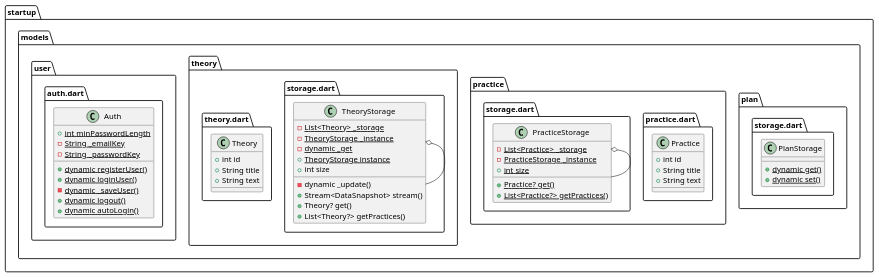
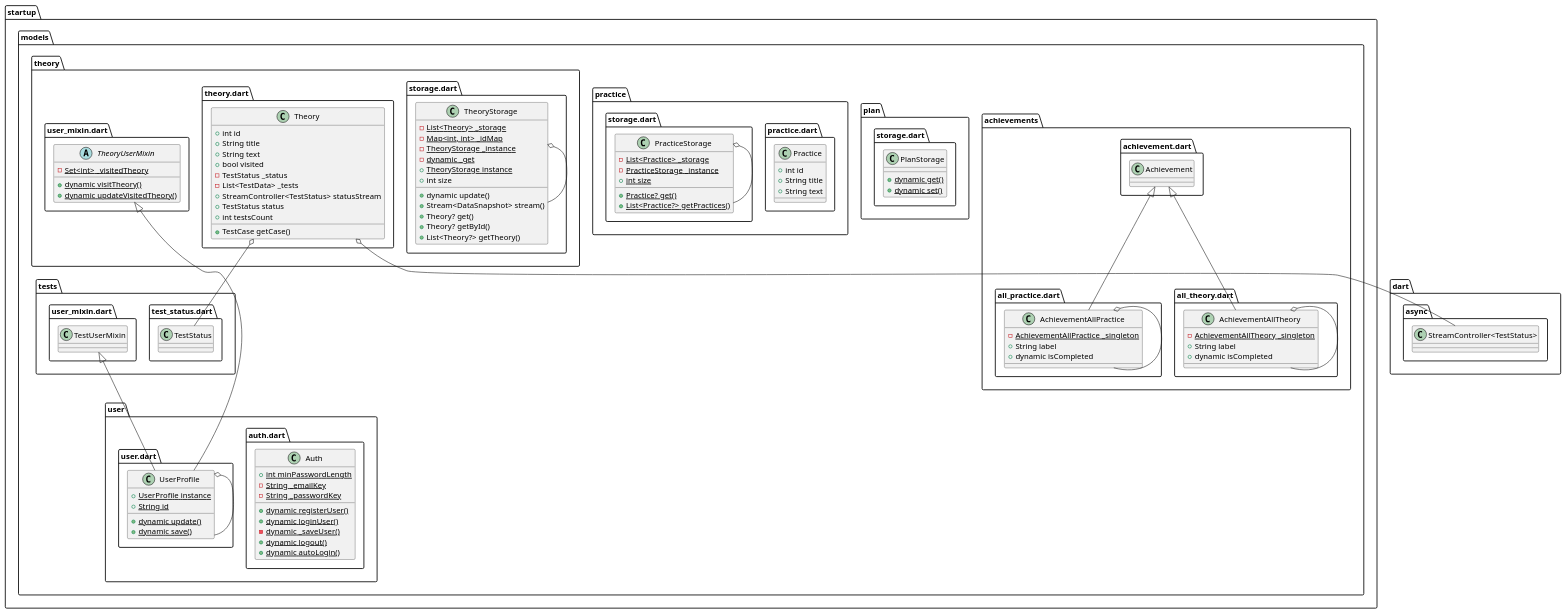
The diagram in diagrams/models.puml (aniciya777/startup), drawn with PlantUML before and after one commit. The commit also changed 47 other files, not shown here.

```diff
--- a/diagrams/models.puml
+++ b/diagrams/models.puml
@@ -1,57 +1,104 @@
 @startuml
 set namespaceSeparator ::
+
+class "startup::models::achievements::all_practice.dart::AchievementAllPractice" {
+  {static} -AchievementAllPractice _singleton
+  +String label
+  +dynamic isCompleted
+}
+
+"startup::models::achievements::all_practice.dart::AchievementAllPractice" o-- "startup::models::achievements::all_practice.dart::AchievementAllPractice"
+"startup::models::achievements::achievement.dart::Achievement" <|-- "startup::models::achievements::all_practice.dart::AchievementAllPractice"
+
+class "startup::models::achievements::all_theory.dart::AchievementAllTheory" {
+  {static} -AchievementAllTheory _singleton
+  +String label
+  +dynamic isCompleted
+}
+
+"startup::models::achievements::all_theory.dart::AchievementAllTheory" o-- "startup::models::achievements::all_theory.dart::AchievementAllTheory"
+"startup::models::achievements::achievement.dart::Achievement" <|-- "startup::models::achievements::all_theory.dart::AchievementAllTheory"
 
 class "startup::models::plan::storage.dart::PlanStorage" {
   {static} +dynamic get()
   {static} +dynamic set()
 }
 
 class "startup::models::practice::practice.dart::Practice" {
   +int id
   +String title
   +String text
 }
 
 class "startup::models::practice::storage.dart::PracticeStorage" {
   {static} -List<Practice> _storage
   {static} -PracticeStorage _instance
   {static} +int size
   {static} +Practice? get()
   {static} +List<Practice?> getPractices()
 }
 
 "startup::models::practice::storage.dart::PracticeStorage" o-- "startup::models::practice::storage.dart::PracticeStorage"
 
 class "startup::models::theory::storage.dart::TheoryStorage" {
   {static} -List<Theory> _storage
+  {static} -Map<int, int> _idMap
   {static} -TheoryStorage _instance
   {static} -dynamic _get
   {static} +TheoryStorage instance
   +int size
-  -dynamic _update()
+  +dynamic update()
   +Stream<DataSnapshot> stream()
   +Theory? get()
-  +List<Theory?> getPractices()
+  +Theory? getById()
+  +List<Theory?> getTheory()
 }
 
 "startup::models::theory::storage.dart::TheoryStorage" o-- "startup::models::theory::storage.dart::TheoryStorage"
 
 class "startup::models::theory::theory.dart::Theory" {
   +int id
   +String title
   +String text
+  +bool visited
+  -TestStatus _status
+  -List<TestData> _tests
+  +StreamController<TestStatus> statusStream
+  +TestStatus status
+  +int testsCount
+  +TestCase getCase()
+}
+
+"startup::models::theory::theory.dart::Theory" o-- "startup::models::tests::test_status.dart::TestStatus"
+"startup::models::theory::theory.dart::Theory" o-- "dart::async::StreamController<TestStatus>"
+
+abstract class "startup::models::theory::user_mixin.dart::TheoryUserMixin" {
+  {static} -Set<int> _visitedTheory
+  {static} +dynamic visitTheory()
+  {static} +dynamic updateVisitedTheory()
 }
 
 class "startup::models::user::auth.dart::Auth" {
   {static} +int minPasswordLength
   {static} -String _emailKey
   {static} -String _passwordKey
   {static} +dynamic registerUser()
   {static} +dynamic loginUser()
   {static} -dynamic _saveUser()
   {static} +dynamic logout()
   {static} +dynamic autoLogin()
 }
 
+class "startup::models::user::user.dart::UserProfile" {
+  {static} +UserProfile instance
+  {static} +String id
+  {static} +dynamic update()
+  {static} +dynamic save()
+}
+
+"startup::models::user::user.dart::UserProfile" o-- "startup::models::user::user.dart::UserProfile"
+"startup::models::theory::user_mixin.dart::TheoryUserMixin" <|-- "startup::models::user::user.dart::UserProfile"
+"startup::models::tests::user_mixin.dart::TestUserMixin" <|-- "startup::models::user::user.dart::UserProfile"
+
 
 @enduml
```
